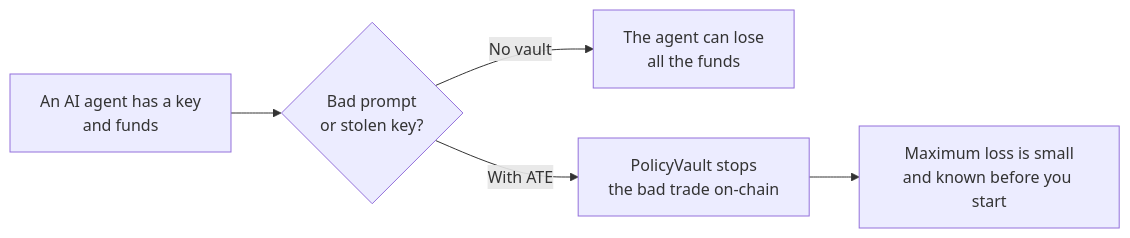
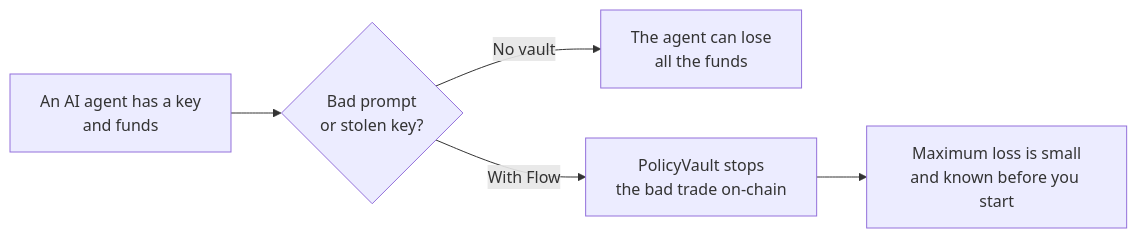
Before and after one commit to AceVikings/horizon-hack-flow: the first of 11 diagrams in README.md, drawn with Mermaid. The commit also changed other lines of this file and 1 other file, not shown here.

Commit message:
README and evidence: Flow brand, real test counts, Sourcify links, testnet quickstart, risk assumptions, complete vault-check diagram

````diff
--- a/README.md
+++ b/README.md
@@ -65,7 +82,7 @@
 ```mermaid
 flowchart LR
     P1["An AI agent has a key<br/>and funds"] --> P2{"Bad prompt<br/>or stolen key?"}
     P2 -- "No vault" --> P3["The agent can lose<br/>all the funds"]
-    P2 -- "With ATE" --> P4["PolicyVault stops<br/>the bad trade on-chain"]
+    P2 -- "With Flow" --> P4["PolicyVault stops<br/>the bad trade on-chain"]
     P4 --> P5["Maximum loss is small<br/>and known before you start"]
 ```
````
